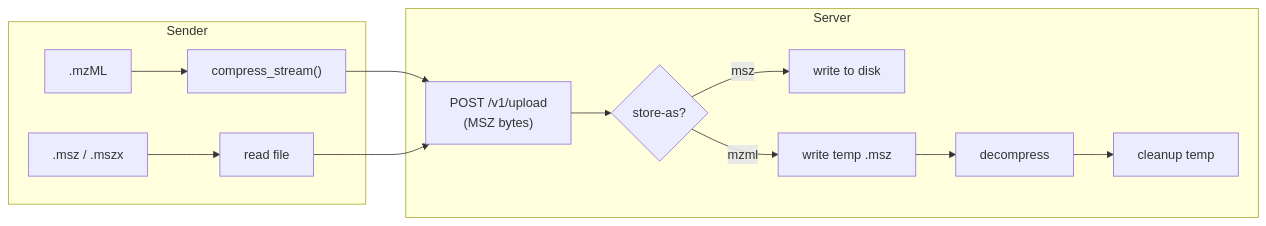
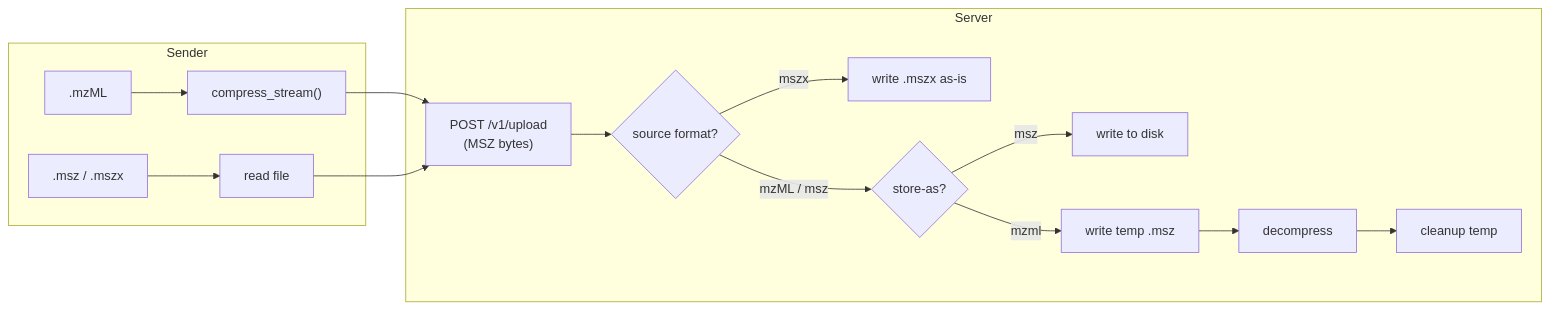
The diagram in README.md (chrisagrams/mstransfer), drawn with Mermaid before and after one commit. The commit also changed other lines of this file and 4 other files, not shown here.

First line of the commit message:
fix(server): store uploaded .mszx archives as-is

````diff
--- a/README.md
+++ b/README.md
@@ -134,18 +136,20 @@
 ```mermaid
 flowchart LR
     subgraph Sender
         mzML[".mzML"] --> compress["compress_stream()"]
         msz[".msz / .mszx"] --> read["read file"]
     end
 
     compress --> upload["POST /v1/upload\n(MSZ bytes)"]
     read --> upload
 
     subgraph Server
-        upload --> mode{store-as?}
+        upload --> kind{source format?}
+        kind -- mszx --> keep["write .mszx as-is"]
+        kind -- mzML / msz --> mode{store-as?}
         mode -- msz --> write["write to disk"]
         mode -- mzml --> temp["write temp .msz"]
         temp --> decompress["decompress"]
         decompress --> cleanup["cleanup temp"]
     end
 ```
````
